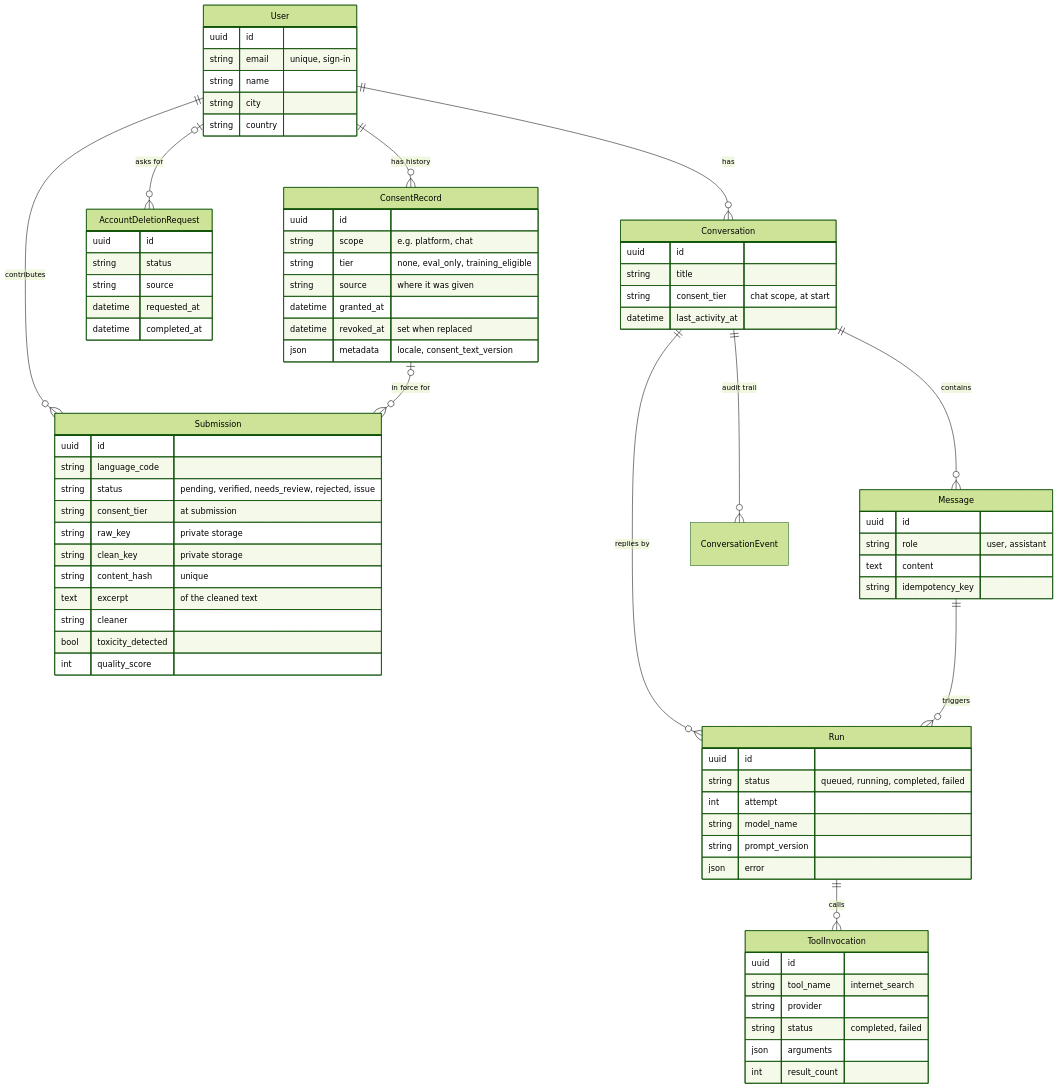
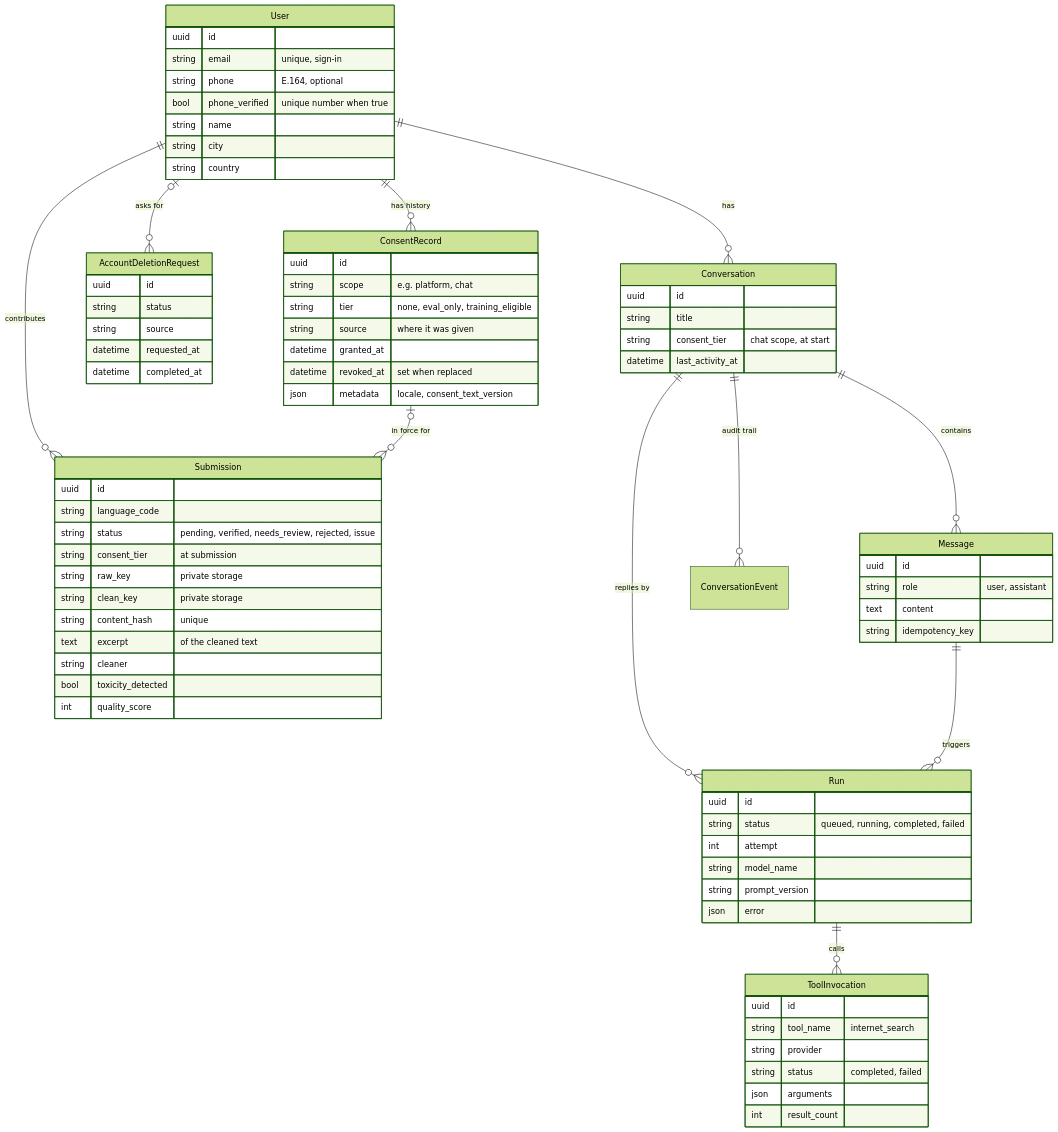
Before and after one commit to Bahasa-Ibu/baibu-community: the second of 2 diagrams in docs/developer/architecture.md, drawn with Mermaid (forest theme). The commit also changed other lines of this file and 25 other files, not shown here.

````diff
--- a/docs/developer/architecture.md
+++ b/docs/developer/architecture.md
@@ -50,77 +52,79 @@
 ```mermaid
 erDiagram
     User ||--o{ ConsentRecord : "has history"
     User |o--o{ AccountDeletionRequest : "asks for"
     User ||--o{ Submission : contributes
     ConsentRecord |o--o{ Submission : "in force for"
     User {
         uuid id
         string email "unique, sign-in"
+        string phone "E.164, optional"
+        bool phone_verified "unique number when true"
         string name
         string city
         string country
     }
     ConsentRecord {
         uuid id
         string scope "e.g. platform, chat"
         string tier "none, eval_only, training_eligible"
         string source "where it was given"
         datetime granted_at
         datetime revoked_at "set when replaced"
         json metadata "locale, consent_text_version"
     }
     Submission {
         uuid id
         string language_code
         string status "pending, verified, needs_review, rejected, issue"
         string consent_tier "at submission"
         string raw_key "private storage"
         string clean_key "private storage"
         string content_hash "unique"
         text excerpt "of the cleaned text"
         string cleaner
         bool toxicity_detected
         int quality_score
     }
     User ||--o{ Conversation : has
     Conversation ||--o{ Message : contains
     Conversation ||--o{ Run : "replies by"
     Message ||--o{ Run : triggers
     Conversation ||--o{ ConversationEvent : "audit trail"
     Run ||--o{ ToolInvocation : calls
     Conversation {
         uuid id
         string title
         string consent_tier "chat scope, at start"
         datetime last_activity_at
     }
     Message {
         uuid id
         string role "user, assistant"
         text content
         string idempotency_key
     }
     Run {
         uuid id
         string status "queued, running, completed, failed"
         int attempt
         string model_name
         string prompt_version
         json error
     }
     ToolInvocation {
         uuid id
         string tool_name "internet_search"
         string provider
         string status "completed, failed"
         json arguments
         int result_count
     }
     AccountDeletionRequest {
         uuid id
         string status
         string source
         datetime requested_at
         datetime completed_at
     }
 ```
````
